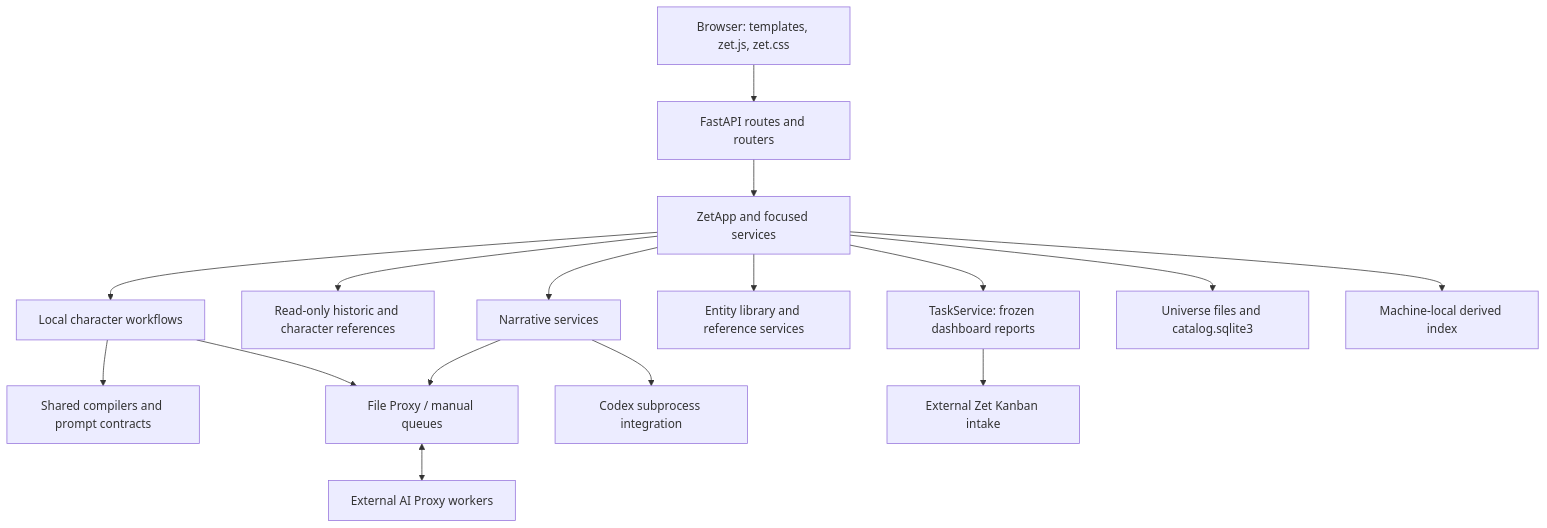
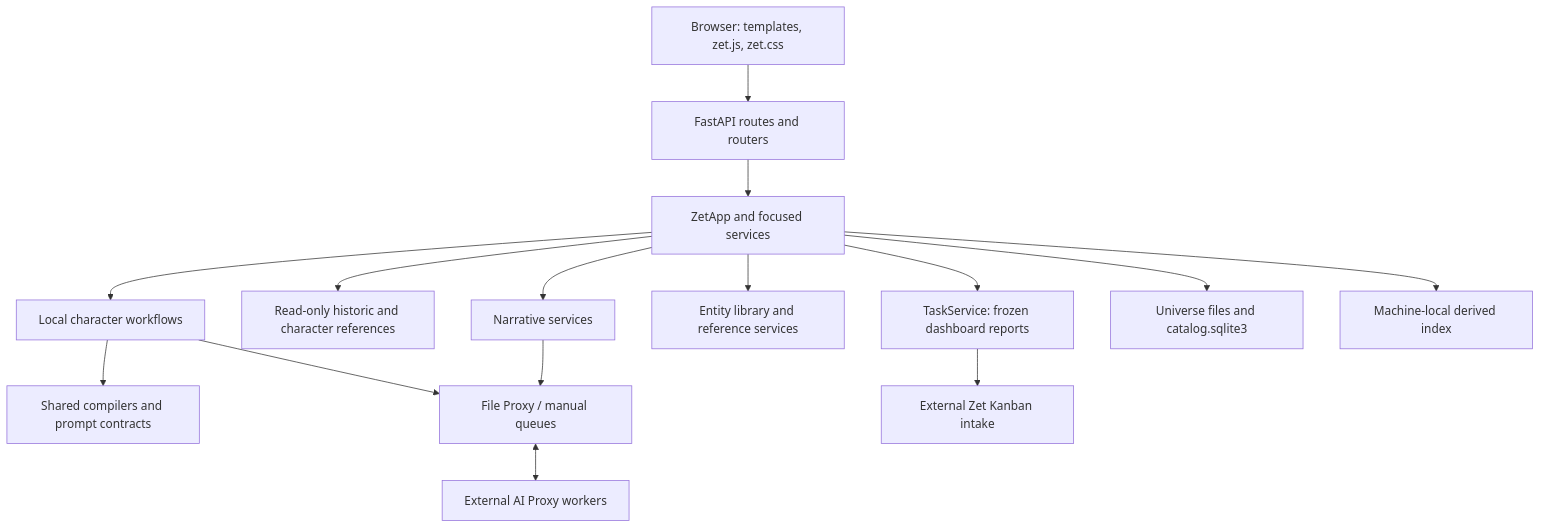
Before and after one commit to Joebok/Zet: the diagram in Docs/ARCHITECTURE.md, drawn with Mermaid. The commit also changed other lines of this file and 60 other files, not shown here.

````diff
--- a/Docs/ARCHITECTURE.md
+++ b/Docs/ARCHITECTURE.md
@@ -7,18 +7,17 @@
 ```mermaid
 flowchart TD
     Browser[Browser: templates, zet.js, zet.css] --> Web[FastAPI routes and routers]
     Web --> App[ZetApp and focused services]
     App --> Characters[Local character workflows]
     App --> LegacyRefs[Read-only historic and character references]
     App --> Narrative[Narrative services]
     App --> Library[Entity library and reference services]
     Characters --> Prompts[Shared compilers and prompt contracts]
     Characters --> Queue[File Proxy / manual queues]
     Narrative --> Queue
-    Narrative --> Codex[Codex subprocess integration]
     App --> Tasks[TaskService: frozen dashboard reports]
     Tasks --> Kanban[External Zet Kanban intake]
     Queue <--> Proxy[External AI Proxy workers]
     App --> Stores[Universe files and catalog.sqlite3]
     App --> Index[Machine-local derived index]
 ```
````
